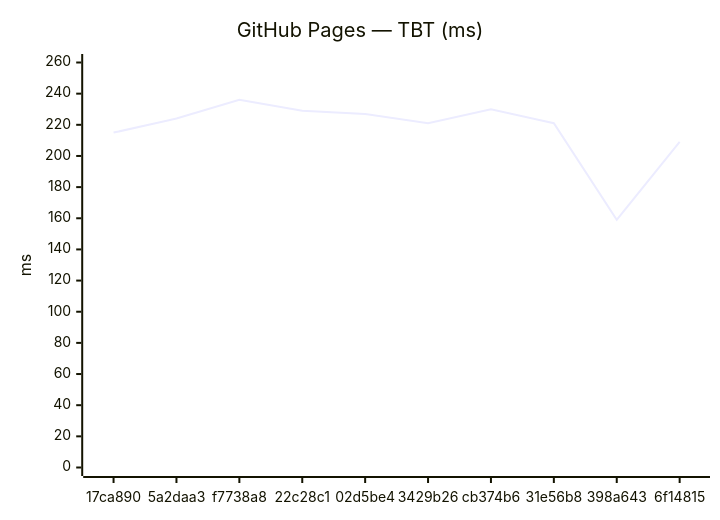
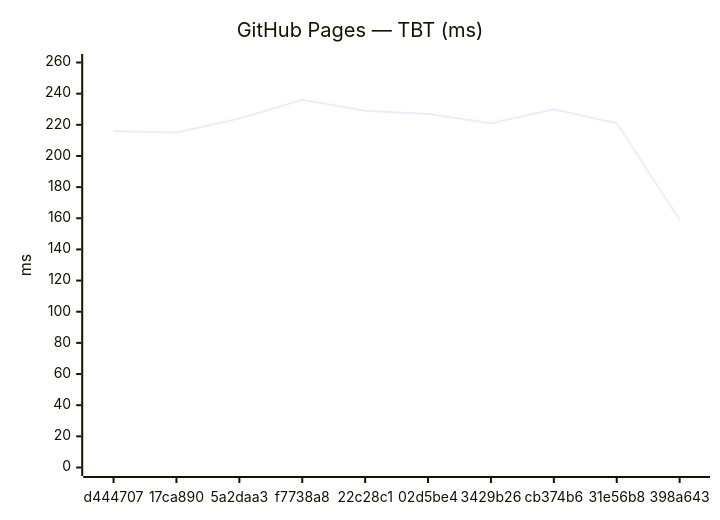
One commit to Metaheurist/Rianell changed the fourth of 18 diagrams in benchmarks/compare.md. Above: the diagram before and after it, drawn with Mermaid. The commit also changed other lines of this file and 11 other files, not shown here.

````diff
--- a/benchmarks/compare.md
+++ b/benchmarks/compare.md
@@ -61,7 +61,7 @@
 ```mermaid
 xychart-beta
     title "GitHub Pages — TBT (ms)"
-    x-axis ["17ca890", "5a2daa3", "f7738a8", "22c28c1", "02d5be4", "3429b26", "cb374b6", "31e56b8", "398a643", "6f14815"]
+    x-axis ["d444707", "17ca890", "5a2daa3", "f7738a8", "22c28c1", "02d5be4", "3429b26", "cb374b6", "31e56b8", "398a643"]
     y-axis "ms" 0 --> 260
-    line [215, 224, 236, 229, 227, 221, 230, 221, 159, 209]
+    line [216, 215, 224, 236, 229, 227, 221, 230, 221, 159]
 ```
````
